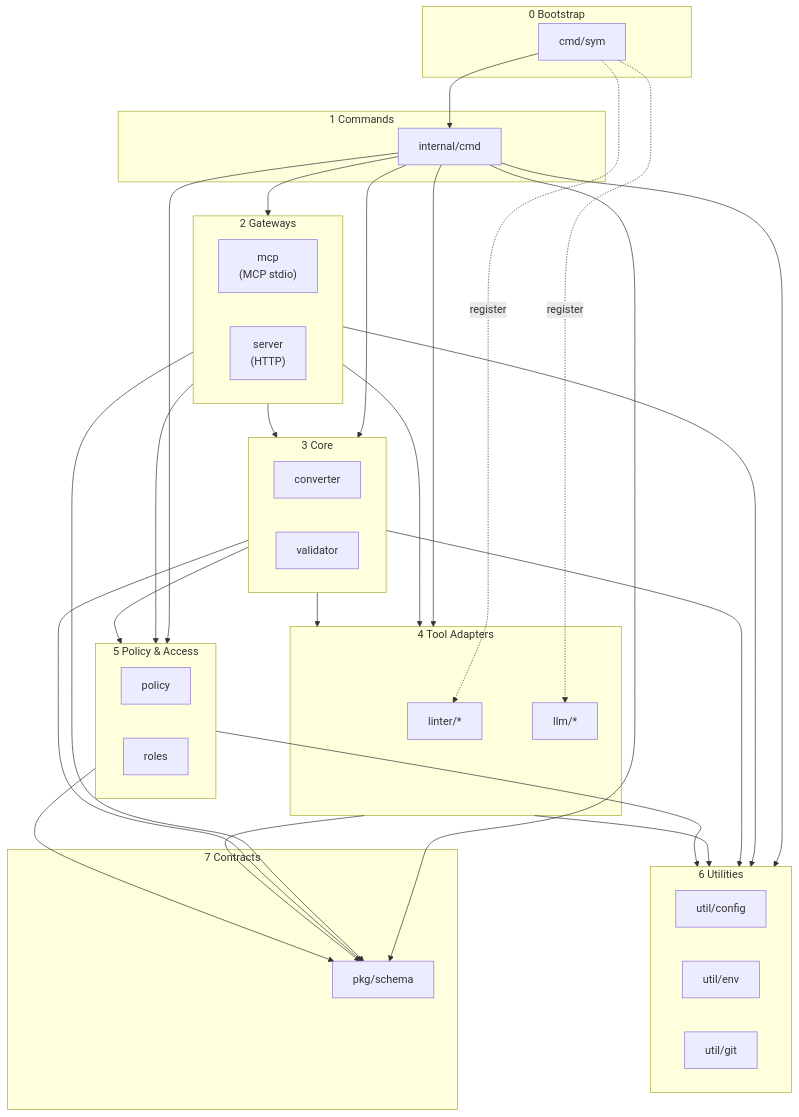
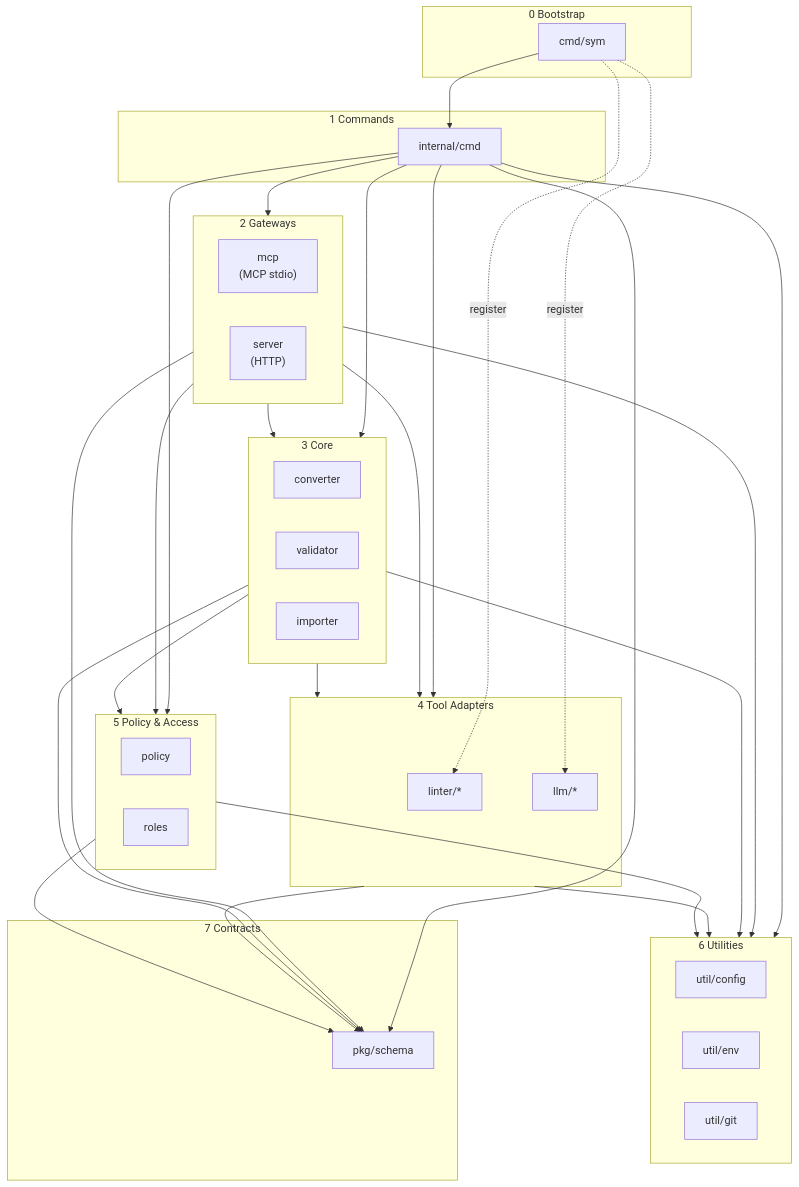
Before and after one commit to DevSymphony/sym-cli: the diagram in docs/ARCHITECTURE.md, drawn with Mermaid. The commit also changed other lines of this file and 7 other files, not shown here.

````diff
--- a/docs/ARCHITECTURE.md
+++ b/docs/ARCHITECTURE.md
@@ -33,68 +33,69 @@
 ```mermaid
 graph TD
     subgraph L0["0 Bootstrap"]
         main["cmd/sym"]
     end
 
     subgraph L1["1 Commands"]
         cmd["internal/cmd"]
     end
 
     subgraph L2["2 Gateways"]
         mcp["mcp<br/>(MCP stdio)"]
         server["server<br/>(HTTP)"]
     end
 
     subgraph L3["3 Core"]
         converter["converter"]
         validator["validator"]
+        importer["importer"]
     end
 
     subgraph L4["4 Tool Adapters"]
         linter["linter/*"]
         llm["llm/*"]
     end
 
     subgraph L5["5 Policy & Access"]
         policy["policy"]
         roles["roles"]
     end
 
     subgraph L6["6 Utilities"]
         config["util/config"]
         env["util/env"]
         git["util/git"]
     end
 
     subgraph L7["7 Contracts"]
         schema["pkg/schema"]
     end
 
     main --> cmd
     main -.->|register| linter
     main -.->|register| llm
 
     cmd --> L2
     cmd --> L3
     cmd --> L4
     cmd --> L5
     cmd --> L6
     cmd --> schema
 
     L2 --> L3
     L2 --> L4
     L2 --> L5
     L2 --> L6
     L2 --> schema
 
     L3 --> L4
     L3 --> L5
     L3 --> L6
     L3 --> schema
 
     L4 --> L6
     L4 --> schema
 
     L5 --> L6
     L5 --> schema
 ```
````
